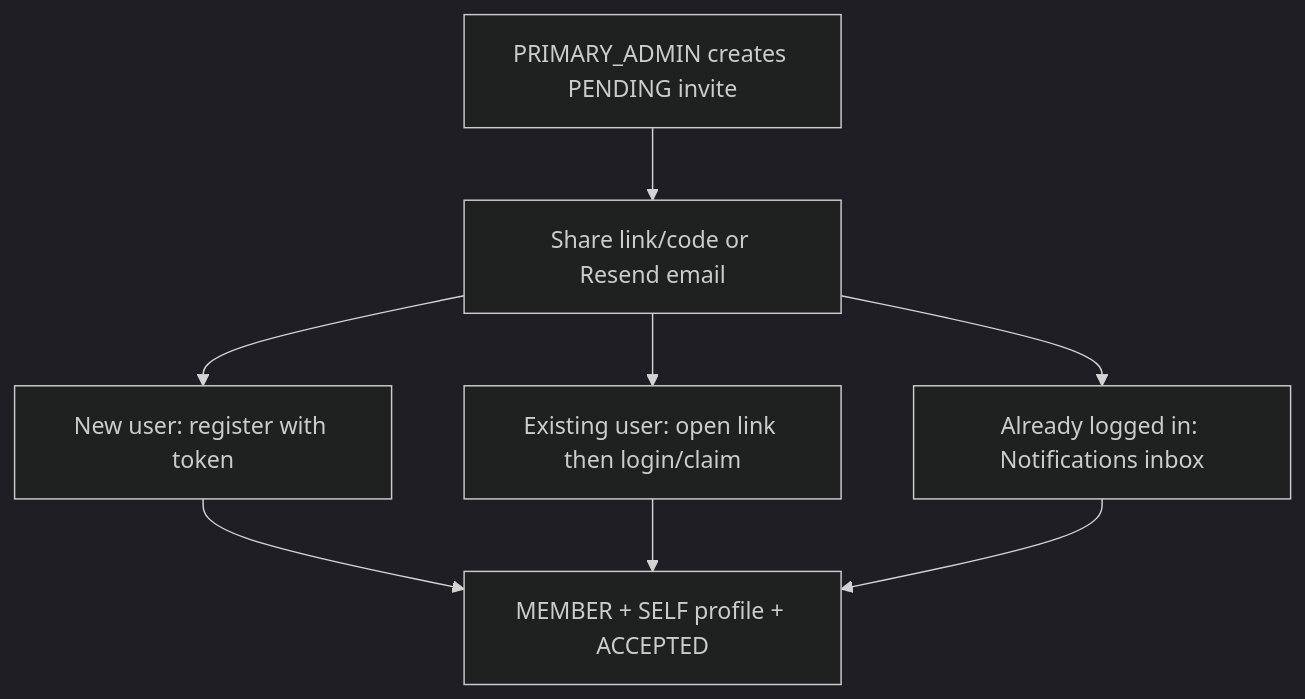
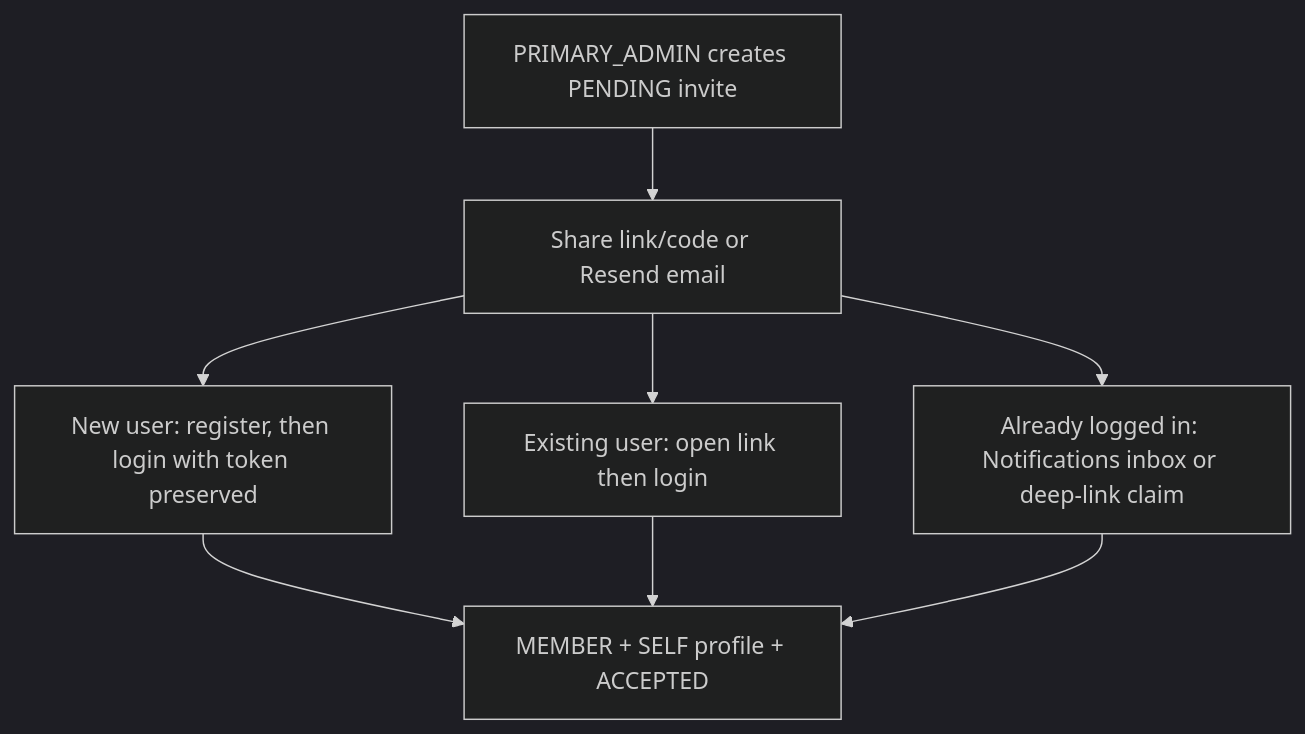
One commit to CanMakan-Team/CanMakan changed the diagram in client/mobile/app/src/main/java/sg/edu/nus/iss/canmakan/features/family/README.md. Above: the diagram before and after it, drawn with Mermaid (dark theme). The commit also changed other lines of this file and 10 other files, not shown here.

Commit message:
further integration of user login + invitation flow

````diff
--- a/client/mobile/app/src/main/java/sg/edu/nus/iss/canmakan/features/family/README.md
+++ b/client/mobile/app/src/main/java/sg/edu/nus/iss/canmakan/features/family/README.md
@@ -36,10 +35,10 @@
 ```mermaid
 flowchart TD
   Admin[PRIMARY_ADMIN creates PENDING invite] --> Share[Share link/code or Resend email]
-  Share --> PathA[New user: register with token]
-  Share --> PathB[Existing user: open link then login/claim]
-  Share --> PathC[Already logged in: Notifications inbox]
+  Share --> PathA[New user: register, then login with token preserved]
+  Share --> PathB[Existing user: open link then login]
+  Share --> PathC[Already logged in: Notifications inbox or deep-link claim]
   PathA --> Join[MEMBER + SELF profile + ACCEPTED]
   PathB --> Join
   PathC --> Join
 ```
````
